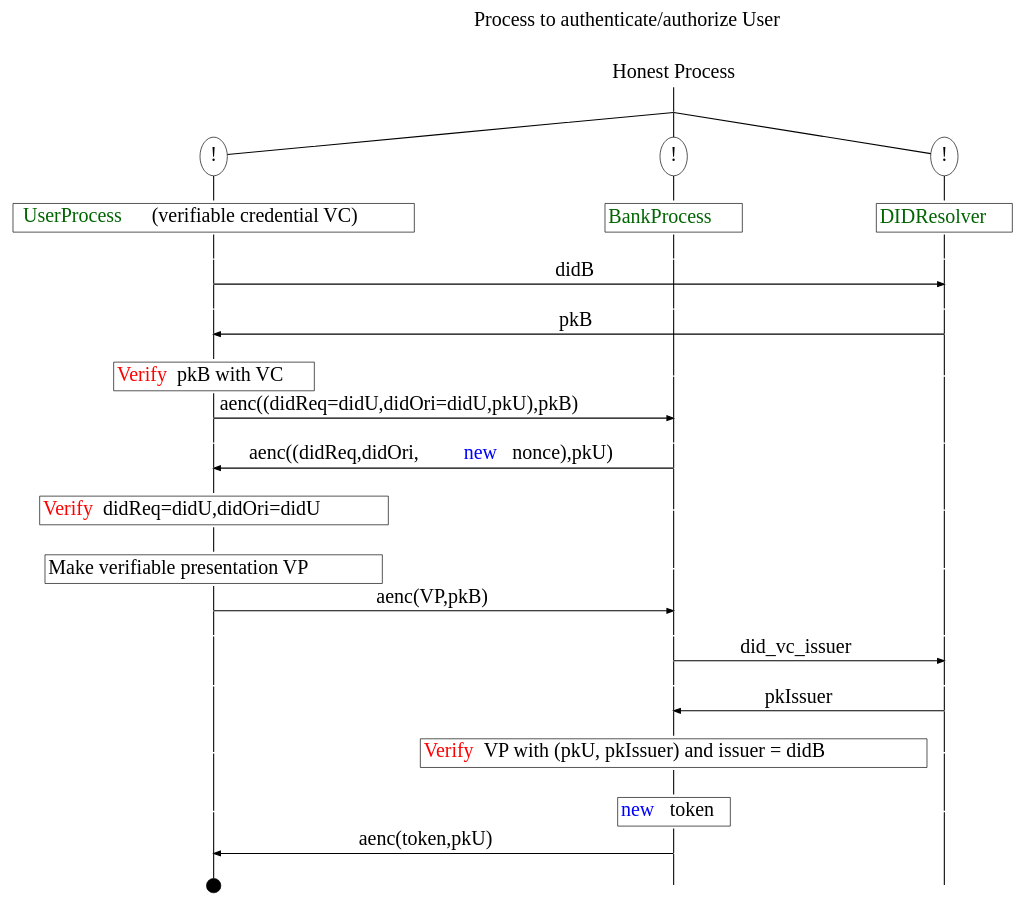
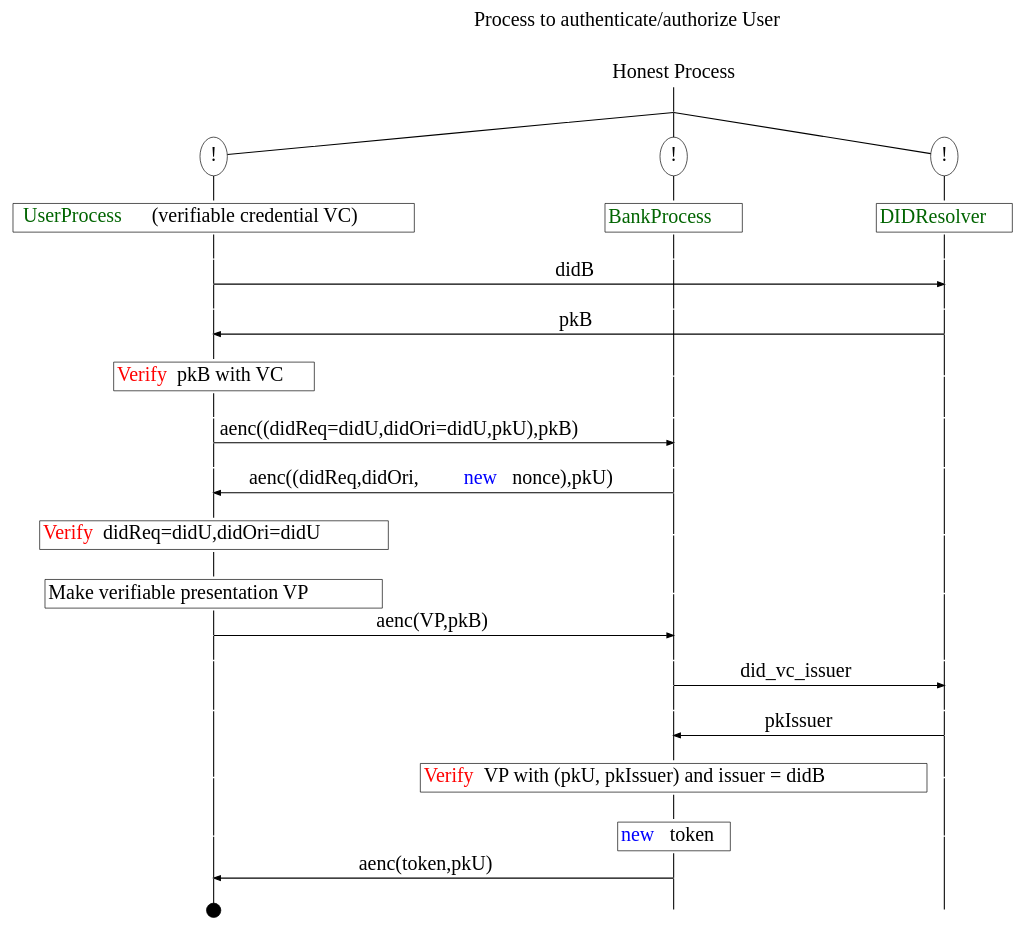
The diagram in diagram_user_bank.dot (thphong/ssi-proverif), drawn with Graphviz before and after one commit. The commit also changed 3 other files, not shown here.

Commit message:
add diagram tpp_bank

```diff
--- a/diagram_user_bank.dot
+++ b/diagram_user_bank.dot
@@ -1,151 +1,156 @@
 digraph {
 graph [ordering = out, rankdir=TB]
 edge [arrowhead = none, penwidth = 1.6, fontsize = 30]
 node [shape = point, width = 0, height = 0, fontsize = 30]
 Trace [label = <Process to authenticate/authorize User<br/>
 >, shape = plaintext]
 P_Honest_Process [label = "Honest Process", shape = plaintext]
 Trace -> P_Honest_Process [label = "", style = invisible, weight = 100]
 P_Honest_Process -> P_L0_Root [label = <>, weight = 100]
 /*RPar */
 P_L0_Root -> P_L1_User [label = <>]
 P_L0_Root -> P_L1_Bank [label = <>]
 P_L0_Root -> P_L1_Resolver [label = <>]
 P_L0_Root [label = "", fixedsize = false, width = 0, height = 0, shape = none]
 P_L1_User [label = "!", shape = ellipse]
 P_L1_Bank [label = "!", shape = ellipse]
 P_L1_Resolver [label = "!", shape = ellipse]
 {rank = same; P_L1_User P_L1_Bank P_L1_Resolver }
 
 /*Level 2 */
 
 P_L1_User -> P_L2_User [label = <>, weight = 100]
 P_L1_Bank -> P_L2_Bank [label = <>, weight = 100]
 P_L1_Resolver -> P_L2_Resolver [label = <>, weight = 100]
 {rank = same; P_L2_User P_L2_Bank P_L2_Resolver }
 
 P_L2_User [shape = plaintext, label = <<TABLE BORDER="0" CELLBORDER="1" CELLSPACING="0" CELLPADDING="4"> <TR><TD> <FONT COLOR="darkgreen">UserProcess</FONT>(verifiable credential VC)</TD></TR></TABLE>>]
 P_L2_Bank [shape = plaintext, label = <<TABLE BORDER="0" CELLBORDER="1" CELLSPACING="0" CELLPADDING="4"> <TR><TD><FONT COLOR="darkgreen">BankProcess</FONT></TD></TR></TABLE>>]
 P_L2_Resolver [shape = plaintext, label = <<TABLE BORDER="0" CELLBORDER="1" CELLSPACING="0" CELLPADDING="4"> <TR><TD><FONT COLOR="darkgreen">DIDResolver</FONT></TD></TR></TABLE>>]
 
 P_L2_User -> P_L2t_User [label = <>, weight = 100]
 P_L2_Bank -> P_L2t_Bank [label = <>, weight = 100]
 P_L2_Resolver -> P_L2t_Resolver [label = <>, weight = 100]
 {rank = same; P_L2t_User P_L2t_Bank P_L2t_Resolver }
 
 
 /*Level 3 */
 
 P_L2t_User -> P_L3_User [label = <>, weight = 100]
 P_L2t_Resolver -> P_L3_Resolver [label = <>, weight = 100]
 {rank = same; P_L3_User P_L3_Resolver }
 P_L3_User -> P_L3_Resolver [label = <didB>, arrowhead = normal]
 
 P_L3_User -> P_L3t_User [label = <>, weight = 100]
 P_L2t_Bank -> P_L3t_Bank [label = <>, weight = 100]
 P_L3_Resolver -> P_L3t_Resolver [label = <>, weight = 100]
 {rank = same; P_L3t_User P_L3t_Bank P_L3t_Resolver }
 
 
 /*Level 4 with box */
 
 P_L3t_User -> P_L4_User [label = <>, weight = 100]
 P_L3t_Resolver -> P_L4_Resolver [label = <>, weight = 100]
 {rank = same; P_L4_User P_L4_Resolver }
 P_L4_User -> P_L4_Resolver [label = <pkB>, dir = back, arrowhead = normal]
 
 P_L4_User -> P_L4t_User [label = <>, weight = 100]
 P_L4t_User [shape = plaintext, label = <<TABLE BORDER="0" CELLBORDER="1" CELLSPACING="0" CELLPADDING="4"> <TR><TD><FONT COLOR="red">Verify</FONT> pkB with VC</TD></TR></TABLE>>]
 P_L3t_Bank -> P_L4t_Bank [label = <>, weight = 100]
 P_L4_Resolver -> P_L4t_Resolver [label = <>, weight = 100]
 {rank = same; P_L4t_User P_L4t_Bank P_L4t_Resolver }
 
+P_L4t_User -> P_L4tt_User [label = <>, weight = 100]
+P_L4t_Bank -> P_L4tt_Bank [label = <>, weight = 100]
+P_L4t_Resolver -> P_L4tt_Resolver [label = <>, weight = 100]
+{rank = same; P_L4tt_User P_L4tt_Bank P_L4tt_Resolver }
+
 /*Level 5 */
 
-P_L4t_User -> P_L5_User [label = <>, weight = 100]
-P_L4t_Bank -> P_L5_Bank [label = <>, weight = 100]
+P_L4tt_User -> P_L5_User [label = <>, weight = 100]
+P_L4tt_Bank -> P_L5_Bank [label = <>, weight = 100]
 {rank = same; P_L5_User P_L5_Bank }
 P_L5_User -> P_L5_Bank [label = <aenc((didReq=didU,didOri=didU,pkU),pkB)>, arrowhead = normal]
 
 P_L5_User -> P_L5t_User [label = <>, weight = 100]
 P_L5_Bank -> P_L5t_Bank [label = <>, weight = 100]
-P_L4t_Resolver -> P_L5t_Resolver [label = <>, weight = 100]
+P_L4tt_Resolver -> P_L5t_Resolver [label = <>, weight = 100]
 {rank = same; P_L5t_User P_L5t_Bank P_L5t_Resolver }
 
 /*Level 6 */
 
 P_L5t_User -> P_L6_User [label = <>, weight = 100]
 P_L5t_Bank -> P_L6_Bank [label = <>, weight = 100]
 {rank = same; P_L6_User P_L6_Bank }
 P_L6_User -> P_L6_Bank [label = <aenc((didReq,didOri,<FONT COLOR="blue">new </FONT>nonce),pkU)>, dir = back, arrowhead = normal]
 
 P_L6_User -> P_L6t_User [label = <>, weight = 100]
 P_L6t_User [shape = plaintext, label = <<TABLE BORDER="0" CELLBORDER="1" CELLSPACING="0" CELLPADDING="4"> <TR><TD><FONT COLOR="red">Verify</FONT> didReq=didU,didOri=didU</TD></TR></TABLE>>]
 P_L6_Bank -> P_L6t_Bank [label = <>, weight = 100]
 P_L5t_Resolver -> P_L6t_Resolver [label = <>, weight = 100]
 {rank = same; P_L6t_User P_L6t_Bank P_L6t_Resolver }
 
 P_L6t_User -> P_L6tt_User [label = <>, weight = 100]
 P_L6tt_User [shape = plaintext, label = <<TABLE BORDER="0" CELLBORDER="1" CELLSPACING="0" CELLPADDING="4"> <TR><TD>Make verifiable presentation VP</TD></TR></TABLE>>]
 P_L6t_Bank -> P_L6tt_Bank [label = <>, weight = 100]
 P_L6t_Resolver -> P_L6tt_Resolver [label = <>, weight = 100]
 {rank = same; P_L6tt_User P_L6tt_Bank P_L6tt_Resolver }
 
 /*Level 7 */
 
 P_L6tt_User -> P_L7_User [label = <>, weight = 100]
 P_L6tt_Bank -> P_L7_Bank [label = <>, weight = 100]
 {rank = same; P_L7_User P_L7_Bank }
 P_L7_User -> P_L7_Bank [label = <aenc(VP,pkB)>, arrowhead = normal]
 
 P_L7_User -> P_L7t_User [label = <>, weight = 100]
 P_L7_Bank -> P_L7t_Bank [label = <>, weight = 100]
 P_L6tt_Resolver -> P_L7t_Resolver [label = <>, weight = 100]
 {rank = same; P_L7t_User P_L7t_Bank P_L7t_Resolver }
 
 /*Level 8 */
 
 P_L7t_Bank -> P_L8_Bank [label = <>, weight = 100]
 P_L7t_Resolver -> P_L8_Resolver [label = <>, weight = 100]
 {rank = same; P_L8_Bank P_L8_Resolver }
 P_L8_Bank -> P_L8_Resolver [label = <did_vc_issuer>, arrowhead = normal]
 
 P_L7t_User -> P_L8t_User [label = <>, weight = 100]
 P_L8_Bank -> P_L8t_Bank [label = <>, weight = 100]
 P_L8_Resolver -> P_L8t_Resolver [label = <>, weight = 100]
 {rank = same; P_L8t_User P_L8t_Bank P_L8t_Resolver }
 
 /*Level 9 */
 
 P_L8t_Bank -> P_L9_Bank [label = <>, weight = 100]
 P_L8t_Resolver -> P_L9_Resolver [label = <>, weight = 100]
 {rank = same; P_L9_Bank P_L9_Resolver }
 P_L9_Bank -> P_L9_Resolver [label = <pkIssuer>, dir = back, arrowhead = normal]
 
 P_L8t_User -> P_L9t_User [label = <>, weight = 100]
 P_L9_Bank -> P_L9t_Bank [label = <>, weight = 100]
 P_L9t_Bank [shape = plaintext, label = <<TABLE BORDER="0" CELLBORDER="1" CELLSPACING="0" CELLPADDING="4"> <TR><TD><FONT COLOR="red">Verify</FONT> VP with (pkU, pkIssuer) and issuer = didB</TD></TR></TABLE>>]
 P_L9_Resolver -> P_L9t_Resolver [label = <>, weight = 100]
 {rank = same; P_L9t_User P_L9t_Bank P_L9t_Resolver }
 
 P_L9t_User -> P_L9tt_User [label = <>, weight = 100]
 P_L9t_Bank -> P_L9tt_Bank [label = <>, weight = 100]
 P_L9tt_Bank [shape = plaintext, label = <<TABLE BORDER="0" CELLBORDER="1" CELLSPACING="0" CELLPADDING="4"> <TR><TD><FONT COLOR="blue">new </FONT>token</TD></TR></TABLE>>]
 P_L9t_Resolver -> P_L9tt_Resolver [label = <>, weight = 100]
 {rank = same; P_L9tt_User P_L9tt_Bank P_L9tt_Resolver }
 
 /*Level 10 */
 
 P_L9tt_User -> P_L10_User [label = <>, weight = 100]
 P_L9tt_Bank -> P_L10_Bank [label = <>, weight = 100]
 {rank = same; P_L10_User P_L10_Bank }
 P_L10_User -> P_L10_Bank [label = <aenc(token,pkU)>, dir = back, arrowhead = normal]
 
 P_L10_User -> P_L10t_User [label = <>, weight = 100]
 P_L10_Bank -> P_L10t_Bank [label = <>, weight = 100]
 P_L10t_User [label = "", width = 0.3, height = 0.3]
 P_L9tt_Resolver -> P_L10t_Resolver [label = <>, weight = 100]
 {rank = same; P_L10t_User P_L10t_Bank P_L10t_Resolver }
 
 
 }
```
